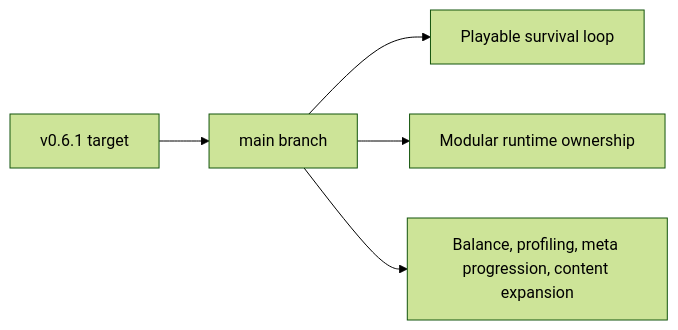
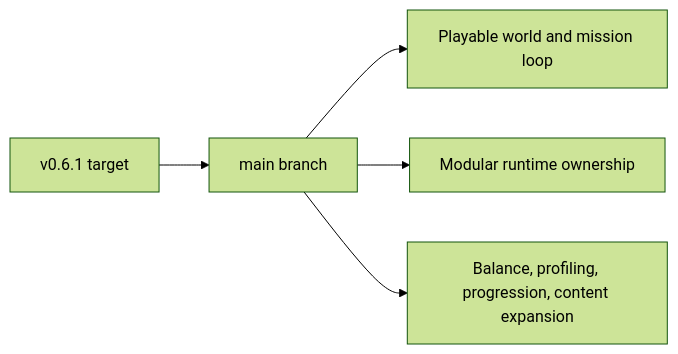
Before and after one commit to AlexAgo83/emberwake: the second of 11 diagrams in README.md, drawn with Mermaid (forest theme). The commit also changed other lines of this file and 8 other files, not shown here.

````diff
--- a/README.md
+++ b/README.md
@@ -51,7 +55,7 @@
 ```mermaid
 flowchart LR
     Release[v0.6.1 target] --> Main[main branch]
-    Main --> Playable[Playable survival loop]
+    Main --> Playable[Playable world and mission loop]
     Main --> Modular[Modular runtime ownership]
-    Main --> Next[Balance, profiling, meta progression, content expansion]
+    Main --> Next[Balance, profiling, progression, content expansion]
 ```
````
